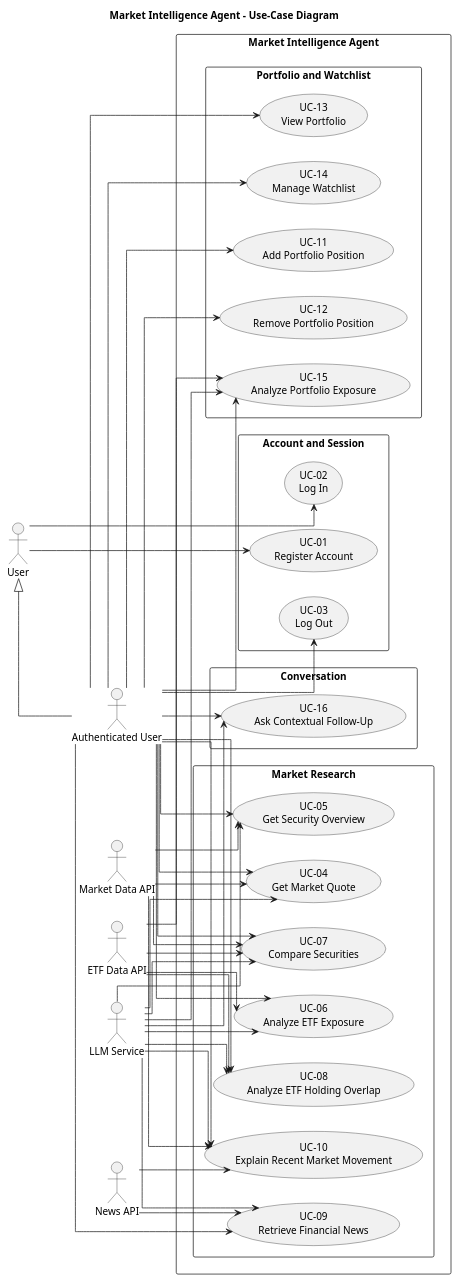
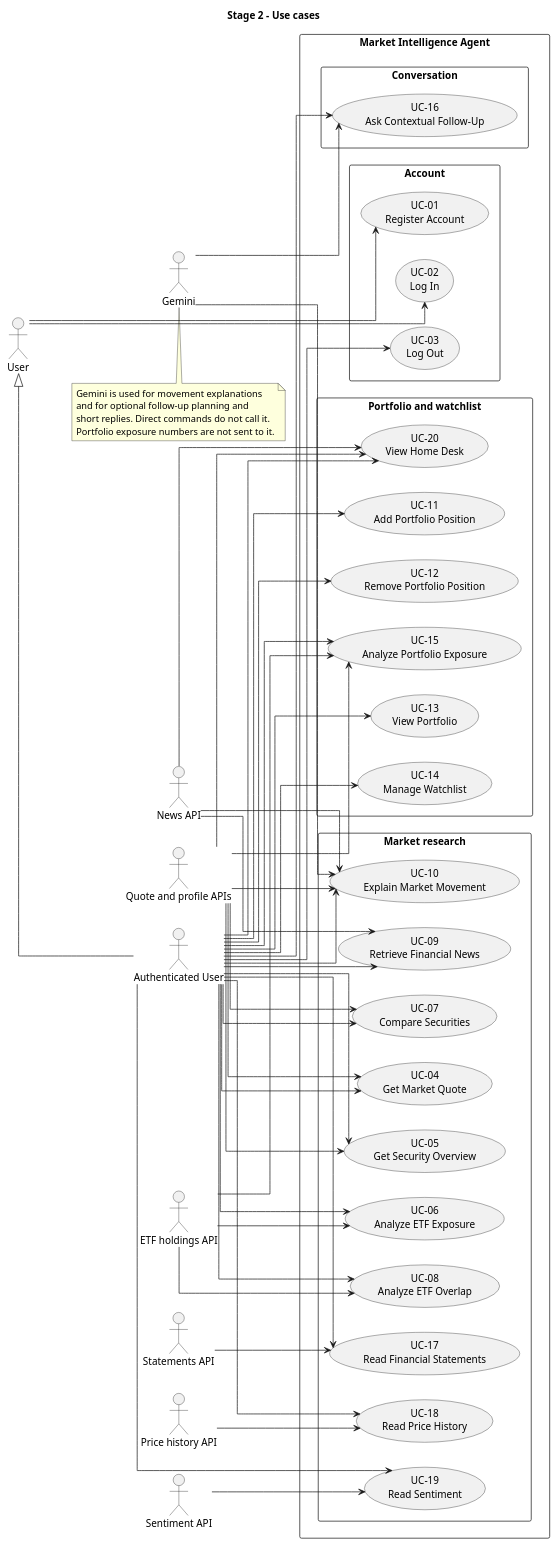
The diagram in docs/uml/use-case-diagram.puml (xAssasinSoulx/market-intelligence-agent), drawn with PlantUML before and after one commit. The commit also changed 27 other files, not shown here.

First line of the commit message:
docs: record the Stage 2 implementation in the report and diagrams

```diff
--- a/docs/uml/use-case-diagram.puml
+++ b/docs/uml/use-case-diagram.puml
@@ -1,99 +1,97 @@
 @startuml
-title Market Intelligence Agent - Use-Case Diagram
+title Stage 2 - Use cases
 
 left to right direction
 skinparam packageStyle rectangle
 skinparam linetype ortho
 
 actor User
 actor "Authenticated User" as AuthUser
-
-actor "Market Data API" as MarketAPI
-actor "ETF Data API" as ETFAPI
+actor "Quote and profile APIs" as MarketAPI
+actor "ETF holdings API" as ETFAPI
 actor "News API" as NewsAPI
-actor "LLM Service" as LLM
+actor "Statements API" as StatementsAPI
+actor "Price history API" as HistoryAPI
+actor "Sentiment API" as SentimentAPI
+actor "Gemini" as LLM
 
 User <|-- AuthUser
 
 rectangle "Market Intelligence Agent" {
-
-    package "Account and Session" {
+    package "Account" {
         usecase "UC-01\nRegister Account" as UC01
         usecase "UC-02\nLog In" as UC02
         usecase "UC-03\nLog Out" as UC03
     }
-
-    package "Market Research" {
+    package "Market research" {
         usecase "UC-04\nGet Market Quote" as UC04
         usecase "UC-05\nGet Security Overview" as UC05
         usecase "UC-06\nAnalyze ETF Exposure" as UC06
         usecase "UC-07\nCompare Securities" as UC07
-        usecase "UC-08\nAnalyze ETF Holding Overlap" as UC08
+        usecase "UC-08\nAnalyze ETF Overlap" as UC08
         usecase "UC-09\nRetrieve Financial News" as UC09
-        usecase "UC-10\nExplain Recent Market Movement" as UC10
+        usecase "UC-10\nExplain Market Movement" as UC10
+        usecase "UC-17\nRead Financial Statements" as UC17
+        usecase "UC-18\nRead Price History" as UC18
+        usecase "UC-19\nRead Sentiment" as UC19
     }
-
-    package "Portfolio and Watchlist" {
+    package "Portfolio and watchlist" {
         usecase "UC-11\nAdd Portfolio Position" as UC11
         usecase "UC-12\nRemove Portfolio Position" as UC12
         usecase "UC-13\nView Portfolio" as UC13
         usecase "UC-14\nManage Watchlist" as UC14
         usecase "UC-15\nAnalyze Portfolio Exposure" as UC15
+        usecase "UC-20\nView Home Desk" as UC20
     }
-
     package "Conversation" {
         usecase "UC-16\nAsk Contextual Follow-Up" as UC16
     }
 }
 
-' ============================================================
-' USER ASSOCIATIONS
-' ============================================================
-
 User --> UC01
 User --> UC02
-
 AuthUser --> UC03
 AuthUser --> UC04
 AuthUser --> UC05
 AuthUser --> UC06
 AuthUser --> UC07
 AuthUser --> UC08
 AuthUser --> UC09
 AuthUser --> UC10
 AuthUser --> UC11
 AuthUser --> UC12
 AuthUser --> UC13
 AuthUser --> UC14
 AuthUser --> UC15
 AuthUser --> UC16
-
-
-' ============================================================
-' EXTERNAL SYSTEM ASSOCIATIONS
-' ============================================================
+AuthUser --> UC17
+AuthUser --> UC18
+AuthUser --> UC19
+AuthUser --> UC20
 
 MarketAPI --> UC04
 MarketAPI --> UC05
 MarketAPI --> UC07
 MarketAPI --> UC10
-
+MarketAPI --> UC15
+MarketAPI --> UC20
 ETFAPI --> UC06
-ETFAPI --> UC07
 ETFAPI --> UC08
 ETFAPI --> UC15
-
 NewsAPI --> UC09
 NewsAPI --> UC10
-
-LLM --> UC04
-LLM --> UC05
-LLM --> UC06
-LLM --> UC07
-LLM --> UC08
-LLM --> UC09
+NewsAPI --> UC20
+StatementsAPI --> UC17
+HistoryAPI --> UC18
+SentimentAPI --> UC19
 LLM --> UC10
-LLM --> UC15
 LLM --> UC16
 
+note bottom of LLM
+  Gemini is used for movement explanations
+  and for optional follow-up planning and
+  short replies. Direct commands do not call it.
+  Portfolio exposure numbers are not sent to it.
+end note
+
 @enduml
```
